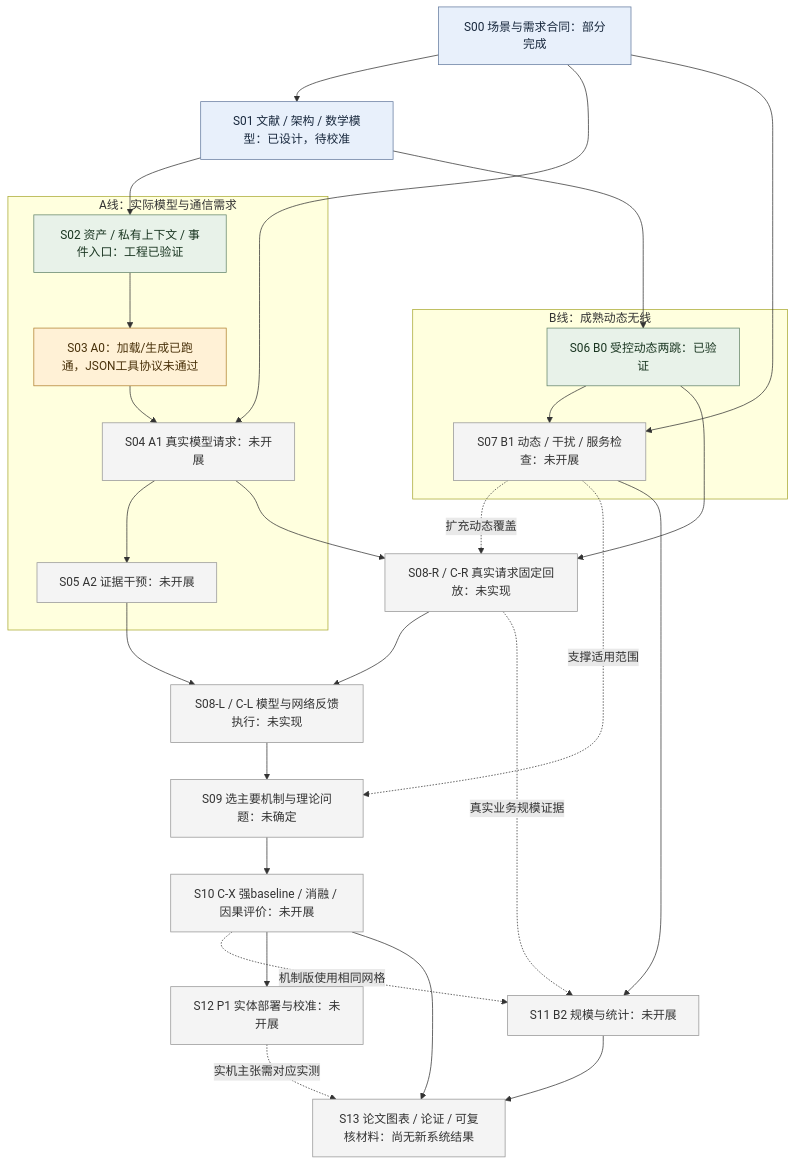
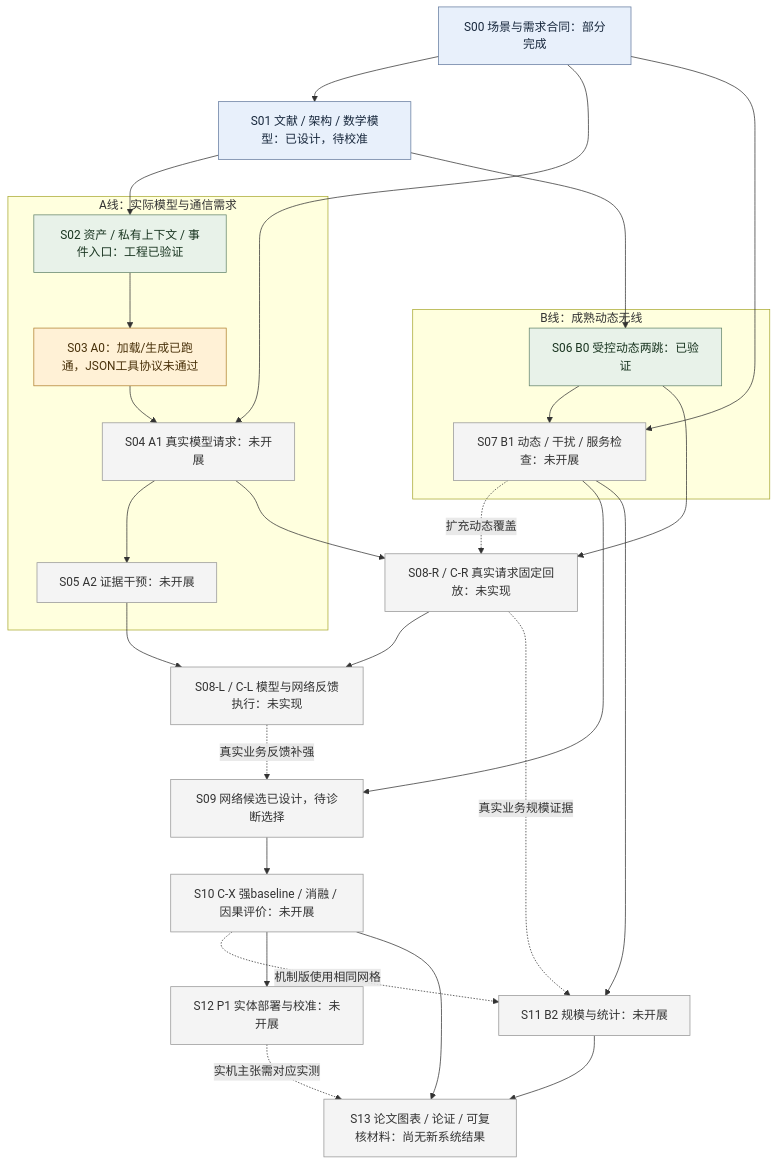
The diagram in research/agent_native_network/EXPERIMENT_FRAMEWORK.md (HangLee21/Agent-Native-Network), drawn with Mermaid before and after one commit. The commit also changed other lines of this file and 18 other files, not shown here.

````diff
--- a/research/agent_native_network/EXPERIMENT_FRAMEWORK.md
+++ b/research/agent_native_network/EXPERIMENT_FRAMEWORK.md
@@ -26,39 +26,39 @@
 ```mermaid
 flowchart TD
     S00["S00 场景与需求合同：部分完成"] --> S01["S01 文献 / 架构 / 数学模型：已设计，待校准"]
     subgraph A["A线：实际模型与通信需求"]
         S02["S02 资产 / 私有上下文 / 事件入口：工程已验证"] --> S03["S03 A0：加载/生成已跑通，JSON工具协议未通过"]
         S03 --> S04["S04 A1 真实模型请求：未开展"]
         S04 --> S05["S05 A2 证据干预：未开展"]
     end
     subgraph B["B线：成熟动态无线"]
         S06["S06 B0 受控动态两跳：已验证"] --> S07["S07 B1 动态 / 干扰 / 服务检查：未开展"]
     end
     S01 --> S02
     S01 --> S06
     S00 --> S04
     S00 --> S07
     S04 --> S08R["S08-R / C-R 真实请求固定回放：未实现"]
     S06 --> S08R
     S07 -. 扩充动态覆盖 .-> S08R
     S08R --> S08L["S08-L / C-L 模型与网络反馈执行：未实现"]
     S05 --> S08L
-    S08L --> S09["S09 选主要机制与理论问题：未确定"]
-    S07 -. 支撑适用范围 .-> S09
+    S08L -. 真实业务反馈补强 .-> S09["S09 网络候选已设计，待诊断选择"]
+    S07 --> S09
     S09 --> S10["S10 C-X 强baseline / 消融 / 因果评价：未开展"]
     S07 --> S11["S11 B2 规模与统计：未开展"]
     S08R -. 真实业务规模证据 .-> S11
     S10 -. 机制版使用相同网格 .-> S11
     S10 --> S12["S12 P1 实体部署与校准：未开展"]
     S10 --> S13["S13 论文图表 / 论证 / 可复核材料：尚无新系统结果"]
     S11 --> S13
     S12 -. 实机主张需对应实测 .-> S13
     classDef designed fill:#e8f0fb,stroke:#647b9f,color:#18283d
     classDef verified fill:#e8f2e9,stroke:#65856b,color:#193520
     classDef current fill:#fff1d6,stroke:#b1812f,color:#49310a
     classDef planned fill:#f4f4f4,stroke:#969696,color:#333333
     class S00,S01 designed
     class S02,S06 verified
     class S03 current
     class S04,S05,S07,S08R,S08L,S09,S10,S11,S12,S13 planned
 ```
````
